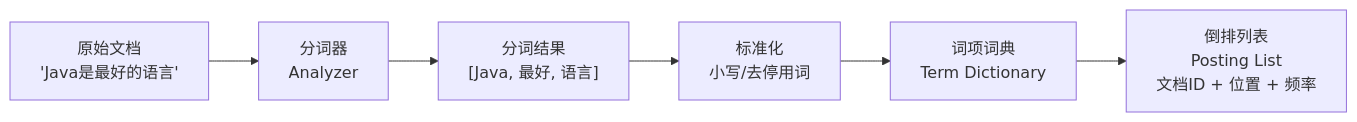
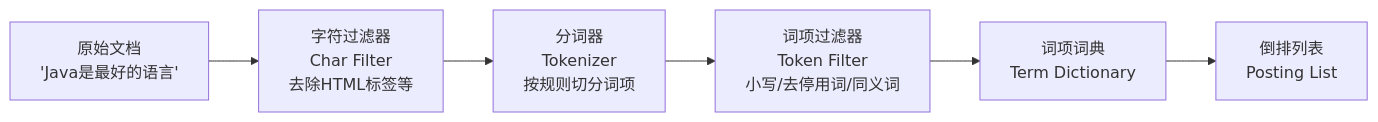
The fourth of 5 diagrams in docs/07-elasticsearch/03-倒排索引.md (b1tzer/b1tzer.github.io), drawn with Mermaid before and after one commit. The commit also changed other lines of this file, not shown here.

````diff
--- a/docs/07-elasticsearch/03-倒排索引.md
+++ b/docs/07-elasticsearch/03-倒排索引.md
@@ -34,8 +148,8 @@
 ```mermaid
 flowchart LR
-    A["原始文档<br>'Java是最好的语言'"] --> B["分词器<br>Analyzer"]
-    B --> C["分词结果<br>[Java, 最好, 语言]"]
-    C --> D["标准化<br>小写/去停用词"]
+    A["原始文档<br>'Java是最好的语言'"] --> B["字符过滤器<br>Char Filter<br>去除HTML标签等"]
+    B --> C["分词器<br>Tokenizer<br>按规则切分词项"]
+    C --> D["词项过滤器<br>Token Filter<br>小写/去停用词/同义词"]
     D --> E["词项词典<br>Term Dictionary"]
-    E --> F["倒排列表<br>Posting List<br>文档ID + 位置 + 频率"]
+    E --> F["倒排列表<br>Posting List"]
 ```
````
